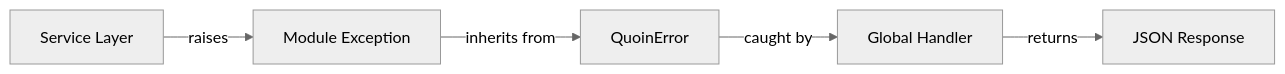
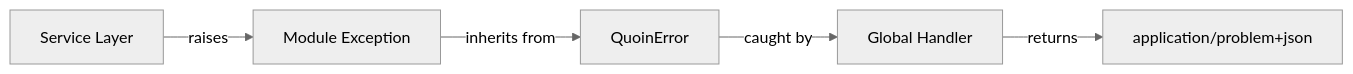
Before and after one commit to balakmran/quoin-api: the diagram in docs/guides/error-handling.md, drawn with Mermaid (neutral theme). The commit also changed other lines of this file and 10 other files, not shown here.

````diff
--- a/docs/guides/error-handling.md
+++ b/docs/guides/error-handling.md
@@ -27,7 +92,7 @@
 ```mermaid
 graph LR
     A[Service Layer] -->|raises| B[Module Exception]
     B -->|inherits from| C[QuoinError]
     C -->|caught by| D[Global Handler]
-    D -->|returns| E[JSON Response]
+    D -->|returns| E[application/problem+json]
 ```
````
